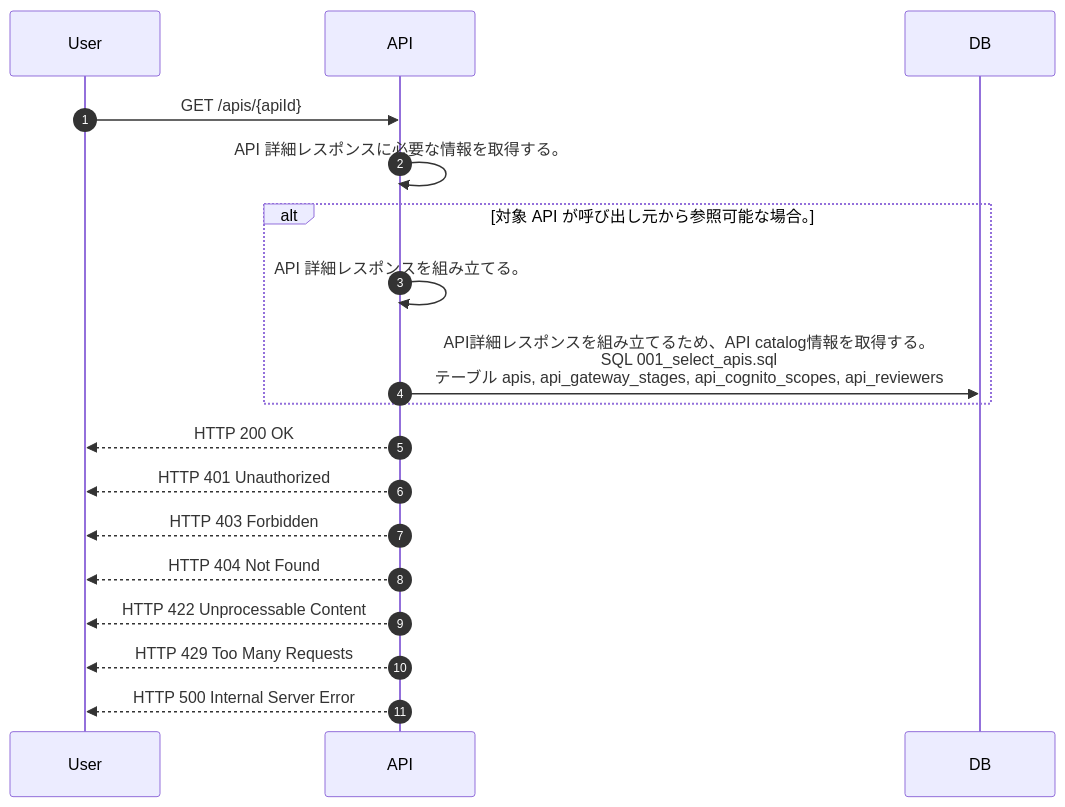
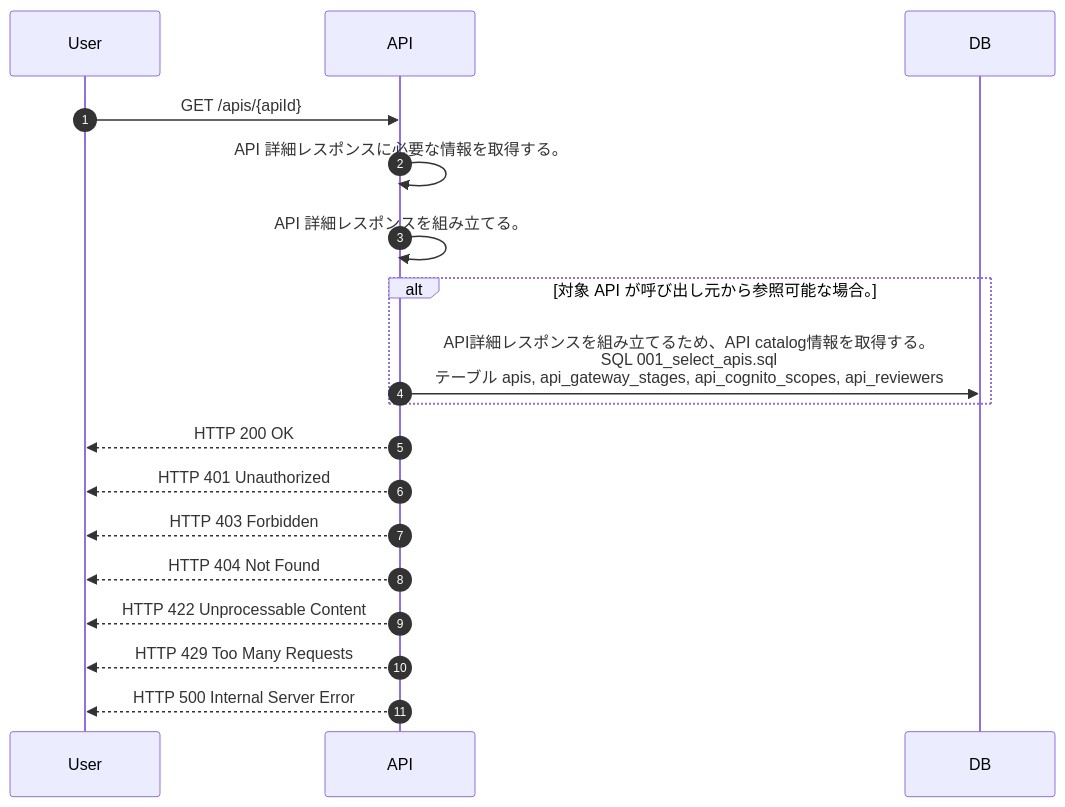
The diagram in docs/spec/40.apis/apis/get_api/sequence_gen.md (tsuji-tomonori/lazunex), drawn with Mermaid before and after one commit. The commit also changed 13 other files, not shown here.

````diff
--- a/docs/spec/40.apis/apis/get_api/sequence_gen.md
+++ b/docs/spec/40.apis/apis/get_api/sequence_gen.md
@@ -5,20 +5,20 @@
 ```mermaid
 sequenceDiagram
   autonumber
   participant User as User
   participant API as API
   participant DB as DB
   User->>API: GET /apis/{apiId}
   API->>API: API 詳細レスポンスに必要な情報を取得する。
+  API->>API: API 詳細レスポンスを組み立てる。
   alt 対象 API が呼び出し元から参照可能な場合。
-    API->>API: API 詳細レスポンスを組み立てる。
     API->>DB: API詳細レスポンスを組み立てるため、API catalog情報を取得する。<br/>SQL 001_select_apis.sql<br/>テーブル apis, api_gateway_stages, api_cognito_scopes, api_reviewers
   end
   API-->>User: HTTP 200 OK
   API-->>User: HTTP 401 Unauthorized
   API-->>User: HTTP 403 Forbidden
   API-->>User: HTTP 404 Not Found
   API-->>User: HTTP 422 Unprocessable Content
   API-->>User: HTTP 429 Too Many Requests
   API-->>User: HTTP 500 Internal Server Error
 ```
````
